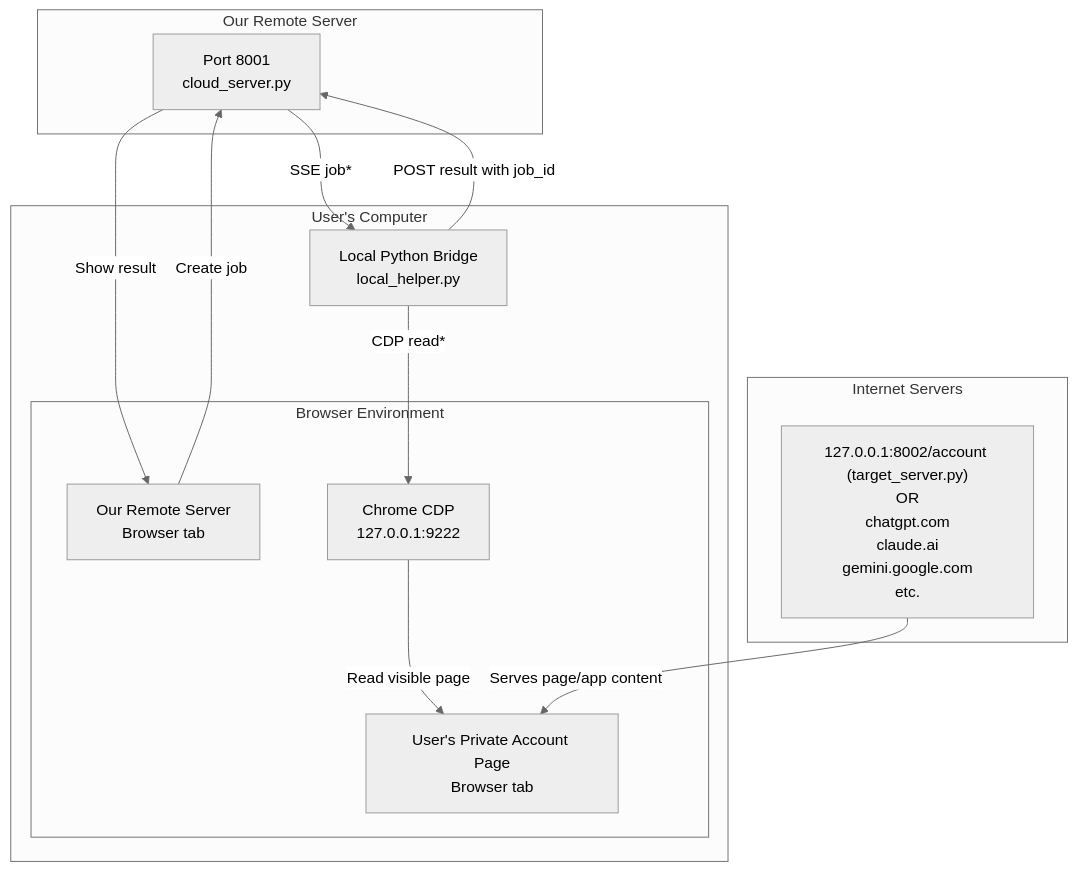
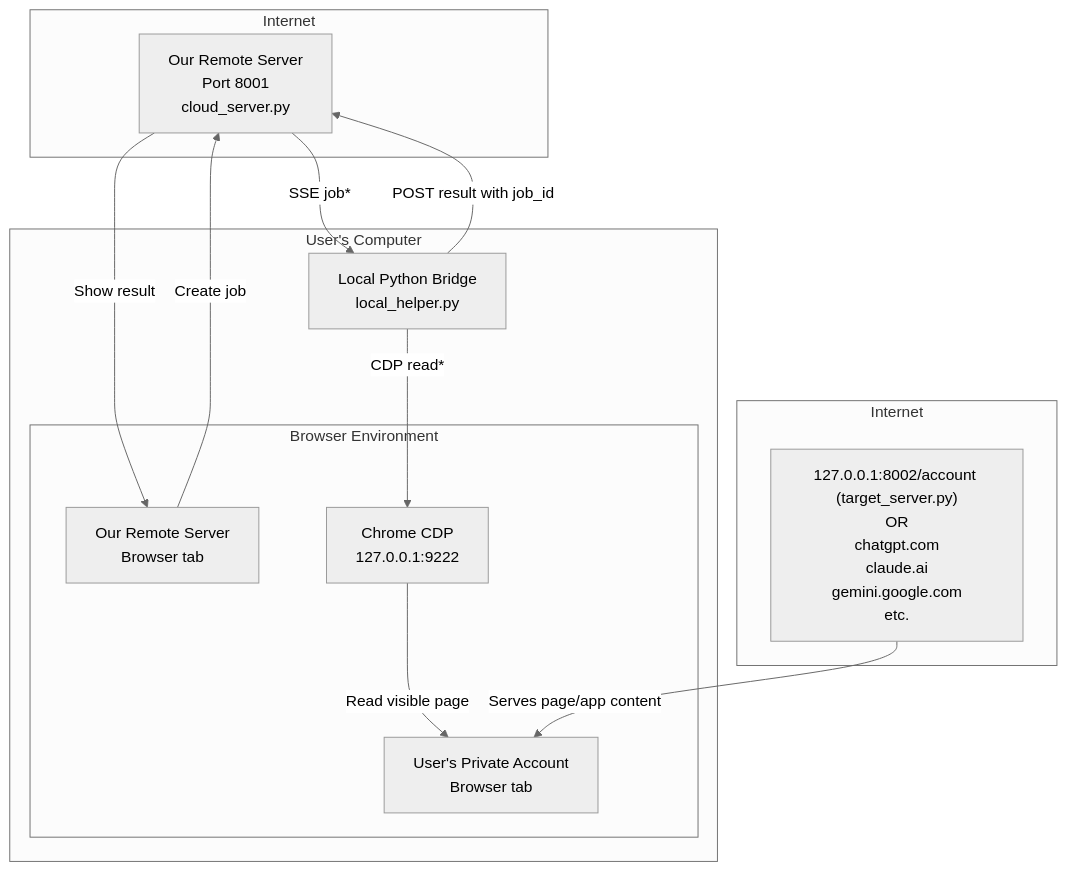
The diagram in poc1/notes.md (davidnoz123/cdp_bridger), drawn with Mermaid (neutral theme) before and after one commit. The commit also changed 2 other files, not shown here.

Commit message:
More mods

````diff
--- a/poc1/notes.md
+++ b/poc1/notes.md
@@ -65,28 +65,28 @@
 ```mermaid
 flowchart TD
-    subgraph RemoteServer["Our Remote Server"]
-        CloudServer["Port 8001<br/>cloud_server.py"]
+    subgraph RemoteServer["Internet"]
+        CloudServer["Our Remote Server<br/>Port 8001<br/>cloud_server.py"]
     end
 
     subgraph UserComputer["User's Computer"]
         Helper["Local Python Bridge<br/>local_helper.py"]
 
         subgraph BrowserEnv["Browser Environment"]
             CloudUI["Our Remote Server<br/>Browser tab"]
             Chrome["Chrome CDP<br/>127.0.0.1:9222"]
-            PrivatePage["User's Private Account Page<br/>Browser tab"]
+            PrivatePage["User's Private Account<br/>Browser tab"]
         end
     end
 
-    subgraph InternetServers["Internet Servers"]
+    subgraph InternetServers["Internet"]
         TargetSites["127.0.0.1:8002/account (target_server.py)<br/>OR<br/>chatgpt.com<br/>claude.ai<br/>gemini.google.com<br/>etc."]
     end
 
     CloudUI -->|"Create job"| CloudServer
     CloudServer -->|"SSE job*"| Helper
     Helper -->|"CDP read*"| Chrome
     Chrome -->|"Read visible page"| PrivatePage
     TargetSites -->|"Serves page/app content"| PrivatePage
     Helper -->|"POST result with job_id"| CloudServer
     CloudServer -->|"Show result"| CloudUI
 ```
````
